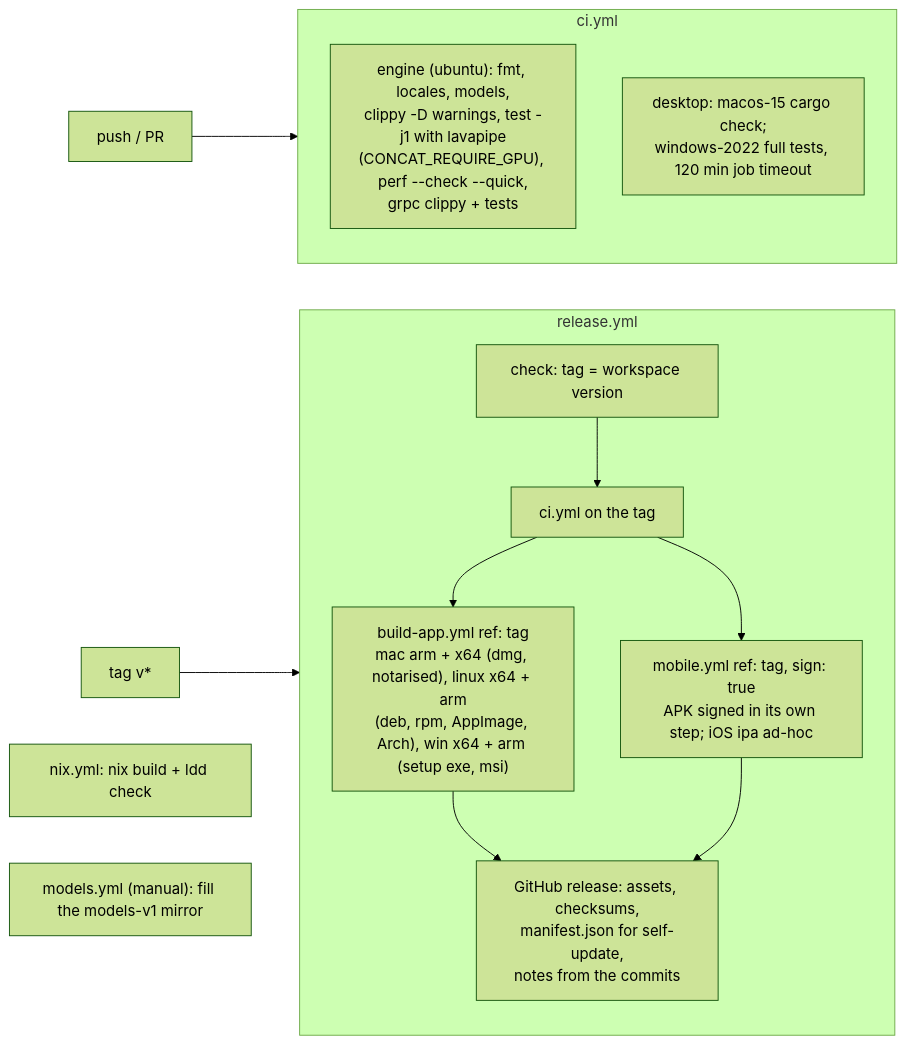
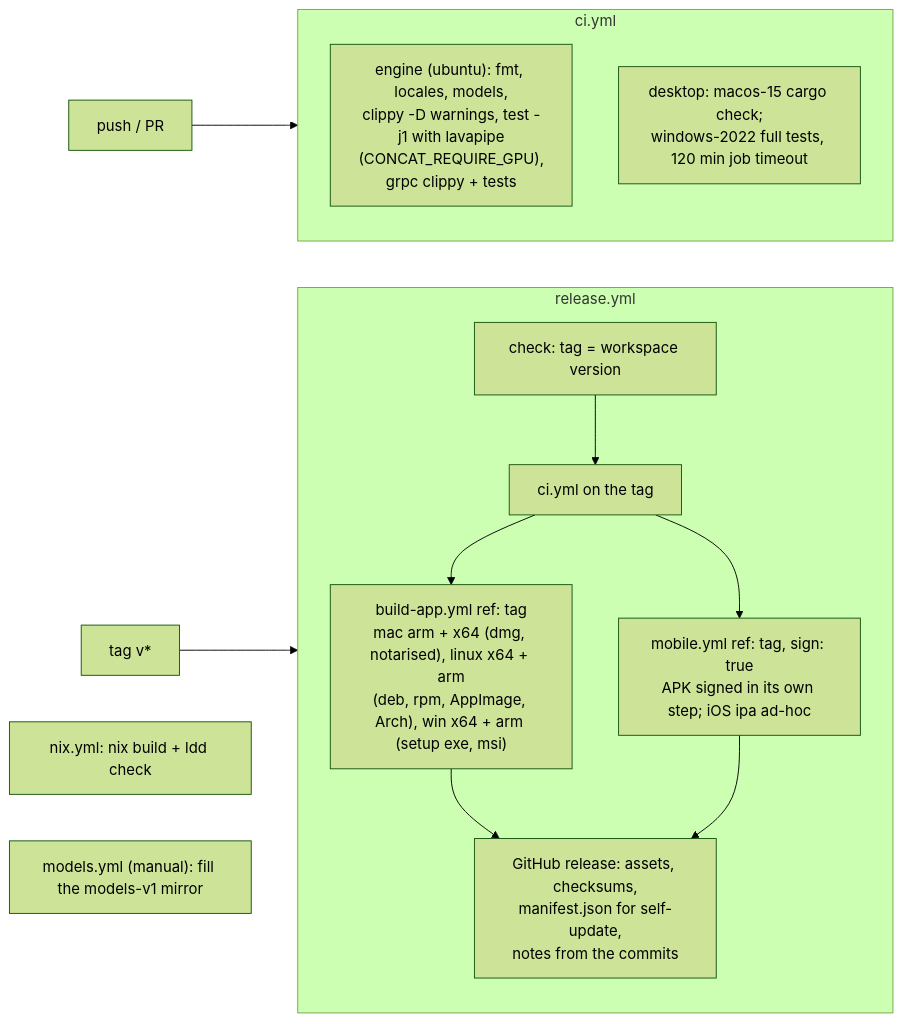
One commit to jub0t/Concat changed diagram 12 of 12 in ARCHITECTURE.md. Above: the diagram before and after it, drawn with Mermaid (forest theme). The commit also changed other lines of this file and 5 other files, not shown here.

First line of the commit message:
chore: remove concat-perf

````diff
--- a/ARCHITECTURE.md
+++ b/ARCHITECTURE.md
@@ -538,20 +535,20 @@
 ```mermaid
 flowchart LR
     push["push / PR"] --> ci
     subgraph ci["ci.yml"]
-        engine["engine (ubuntu): fmt, locales, models,<br/>clippy -D warnings, test -j1 with lavapipe<br/>(CONCAT_REQUIRE_GPU), perf --check --quick,<br/>grpc clippy + tests"]
+        engine["engine (ubuntu): fmt, locales, models,<br/>clippy -D warnings, test -j1 with lavapipe<br/>(CONCAT_REQUIRE_GPU),<br/>grpc clippy + tests"]
         desktop["desktop: macos-15 cargo check;<br/>windows-2022 full tests, 120 min job timeout"]
     end
     tag["tag v*"] --> rel
     subgraph rel["release.yml"]
         check["check: tag = workspace version"]
         gate["ci.yml on the tag"]
         build["build-app.yml ref: tag<br/>mac arm + x64 (dmg, notarised), linux x64 + arm<br/>(deb, rpm, AppImage, Arch), win x64 + arm (setup exe, msi)"]
         phones["mobile.yml ref: tag, sign: true<br/>APK signed in its own step; iOS ipa ad-hoc"]
         publish["GitHub release: assets, checksums,<br/>manifest.json for self-update,<br/>notes from the commits"]
         check --> gate --> build --> publish
         gate --> phones --> publish
     end
     nix["nix.yml: nix build + ldd check"]
     models["models.yml (manual): fill the models-v1 mirror"]
 ```
````
